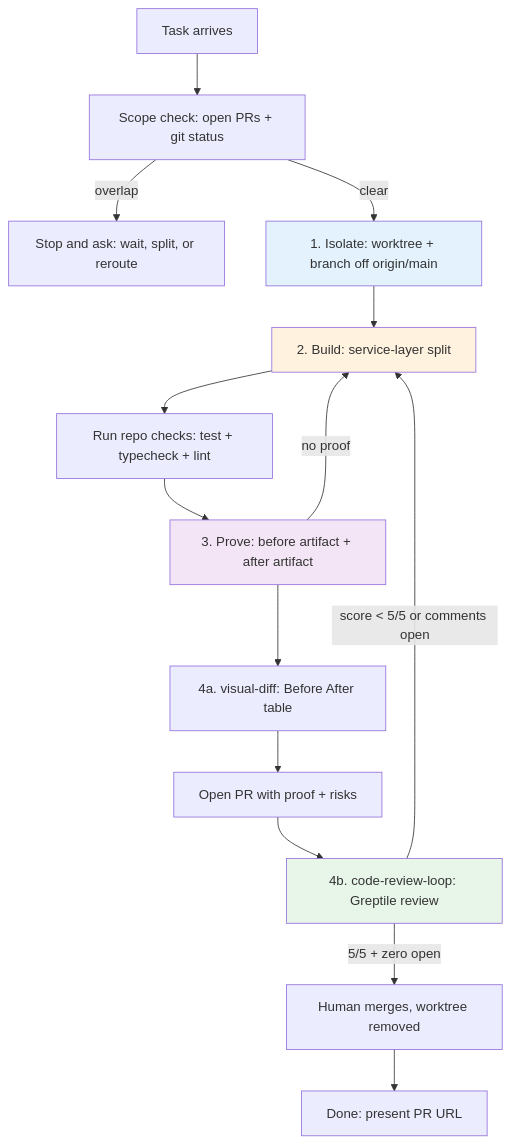
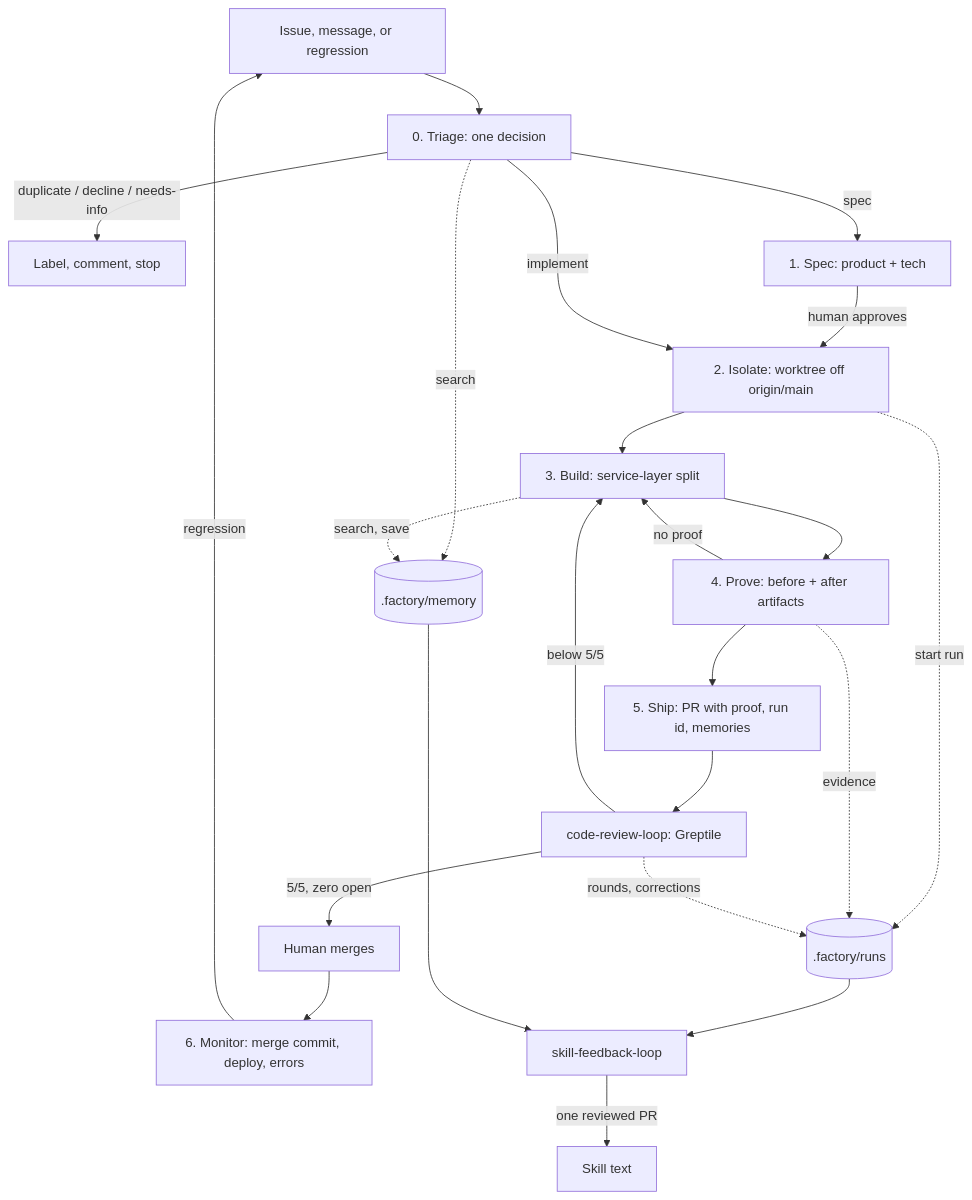
One commit to aditya-deokar/software-factory changed the first of 8 diagrams in docs/how-it-works.md. Above: the diagram before and after it, drawn with Mermaid. The commit also changed other lines of this file and 8 other files, not shown here.

````diff
--- a/docs/how-it-works.md
+++ b/docs/how-it-works.md
@@ -68,21 +68,26 @@
 ```mermaid
 flowchart TD
-    T[Task arrives] --> SCOPE[Scope check: open PRs + git status]
-    SCOPE -->|overlap| ASK[Stop and ask: wait, split, or reroute]
-    SCOPE -->|clear| ISO[1. Isolate: worktree + branch off origin/main]
-    ISO --> BUILD[2. Build: service-layer split]
-    BUILD --> CHECKS[Run repo checks: test + typecheck + lint]
-    CHECKS --> PROVE[3. Prove: before artifact + after artifact]
+    IN[Issue, message, or regression] --> TR[0. Triage: one decision]
+    TR -->|duplicate / decline / needs-info| CLOSE[Label, comment, stop]
+    TR -->|spec| SP[1. Spec: product + tech]
+    SP -->|human approves| ISO
+    TR -->|implement| ISO[2. Isolate: worktree off origin/main]
+    ISO --> BUILD[3. Build: service-layer split]
+    BUILD --> PROVE[4. Prove: before + after artifacts]
     PROVE -->|no proof| BUILD
-    PROVE --> VD[4a. visual-diff: Before After table]
-    VD --> PR[Open PR with proof + risks]
-    PR --> REV[4b. code-review-loop: Greptile review]
-    REV -->|score < 5/5 or comments open| BUILD
-    REV -->|5/5 + zero open| MERGE[Human merges, worktree removed]
-    MERGE --> DONE[Done: present PR URL]
+    PROVE --> PR[5. Ship: PR with proof, run id, memories]
+    PR --> REV[code-review-loop: Greptile]
+    REV -->|below 5/5| BUILD
+    REV -->|5/5, zero open| MERGE[Human merges]
+    MERGE --> MON[6. Monitor: merge commit, deploy, errors]
+    MON -->|regression| IN
 
-    style ISO fill:#e3f2fd
-    style BUILD fill:#fff3e0
-    style PROVE fill:#f3e5f5
-    style REV fill:#e8f5e9
+    ISO -. start run .-> L[(.factory/runs)]
+    PROVE -. evidence .-> L
+    REV -. rounds, corrections .-> L
+    TR -. search .-> M[(.factory/memory)]
+    BUILD -. search, save .-> M
+    L --> LOOP[skill-feedback-loop]
+    M --> LOOP
+    LOOP -->|one reviewed PR| SKILLS[Skill text]
 ```
````
